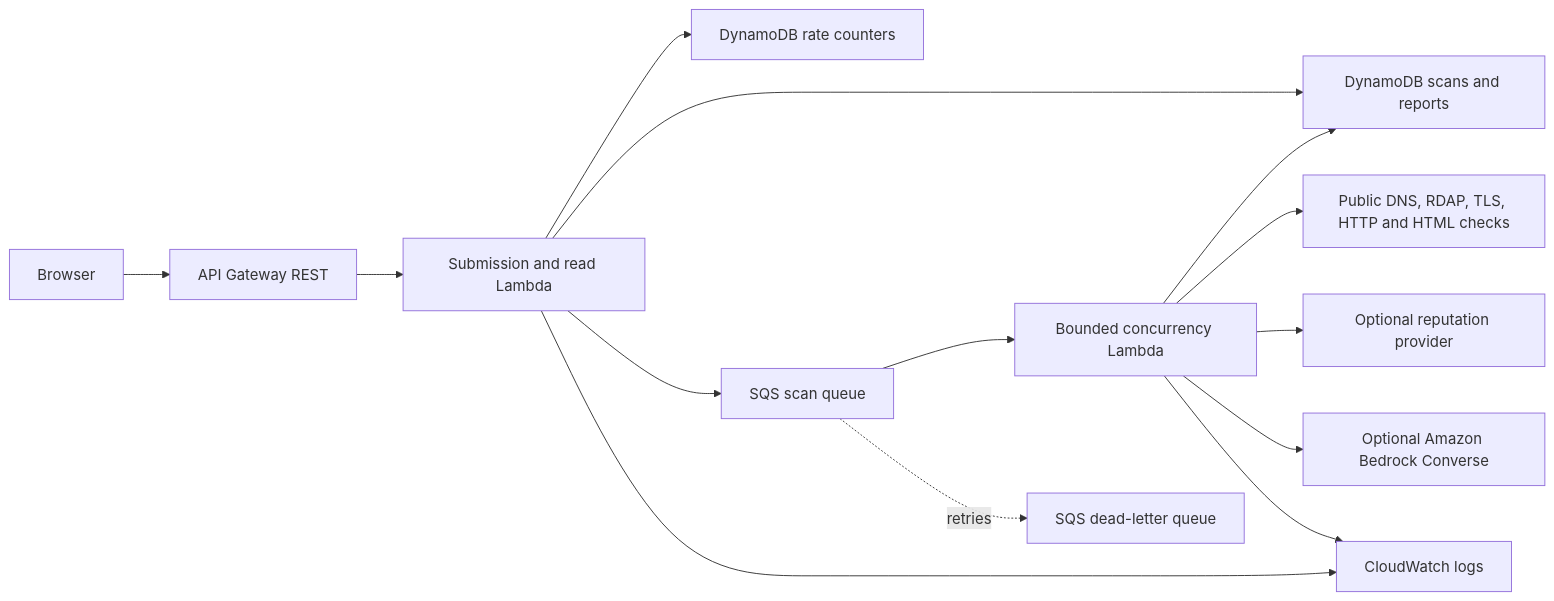
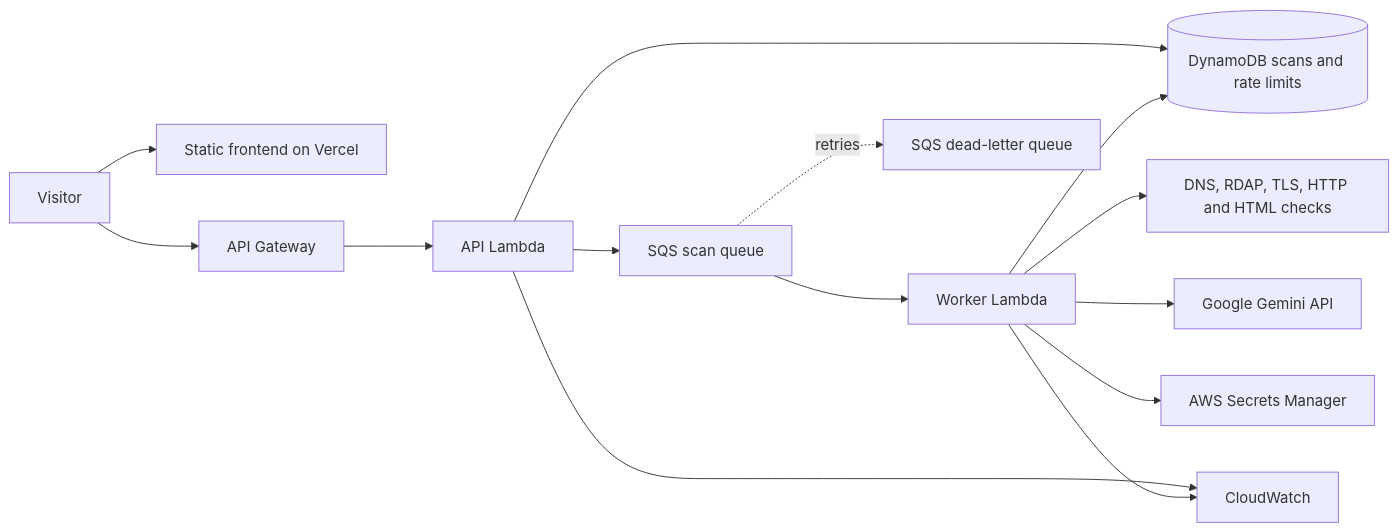
Before and after one commit to Swamiviresh/Digital-Graveyard: the diagram in README.md, drawn with Mermaid. The commit also changed other lines of this file, not shown here.

Commit message:
docs: update README for Gemini and production deployment

````diff
--- a/README.md
+++ b/README.md
@@ -27,16 +29,16 @@
 ```mermaid
 flowchart LR
-  Browser --> APIGW[API Gateway REST]
-  APIGW --> API[Submission and read Lambda]
-  API --> Rate[DynamoDB rate counters]
-  API --> Scans[DynamoDB scans and reports]
-  API --> Queue[SQS scan queue]
-  Queue --> Worker[Bounded concurrency Lambda]
+  Browser[Visitor] --> Vercel[Static frontend on Vercel]
+  Browser --> API[API Gateway]
+  API --> ApiFn[API Lambda]
+  ApiFn --> DB[(DynamoDB scans and rate limits)]
+  ApiFn --> Queue[SQS scan queue]
+  Queue --> Worker[Worker Lambda]
   Queue -. retries .-> DLQ[SQS dead-letter queue]
-  Worker --> Scans
-  Worker --> Evidence[Public DNS, RDAP, TLS, HTTP and HTML checks]
-  Worker --> VT[Optional reputation provider]
-  Worker --> Bedrock[Optional Amazon Bedrock Converse]
-  API --> CW[CloudWatch logs]
-  Worker --> CW
+  Worker --> Checks[DNS, RDAP, TLS, HTTP and HTML checks]
+  Worker --> Gemini[Google Gemini API]
+  Worker --> Secret[AWS Secrets Manager]
+  Worker --> DB
+  ApiFn --> Logs[CloudWatch]
+  Worker --> Logs
 ```
````
